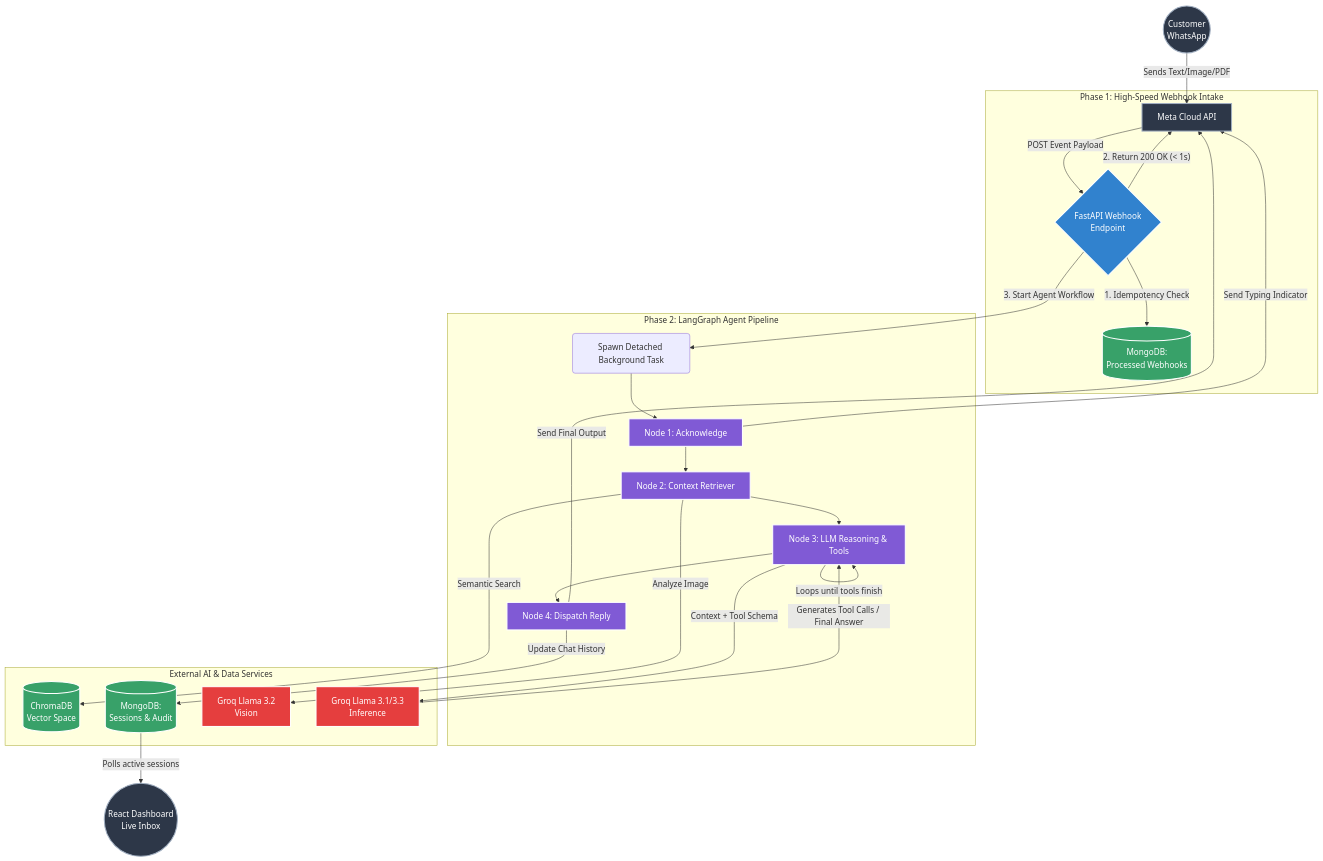
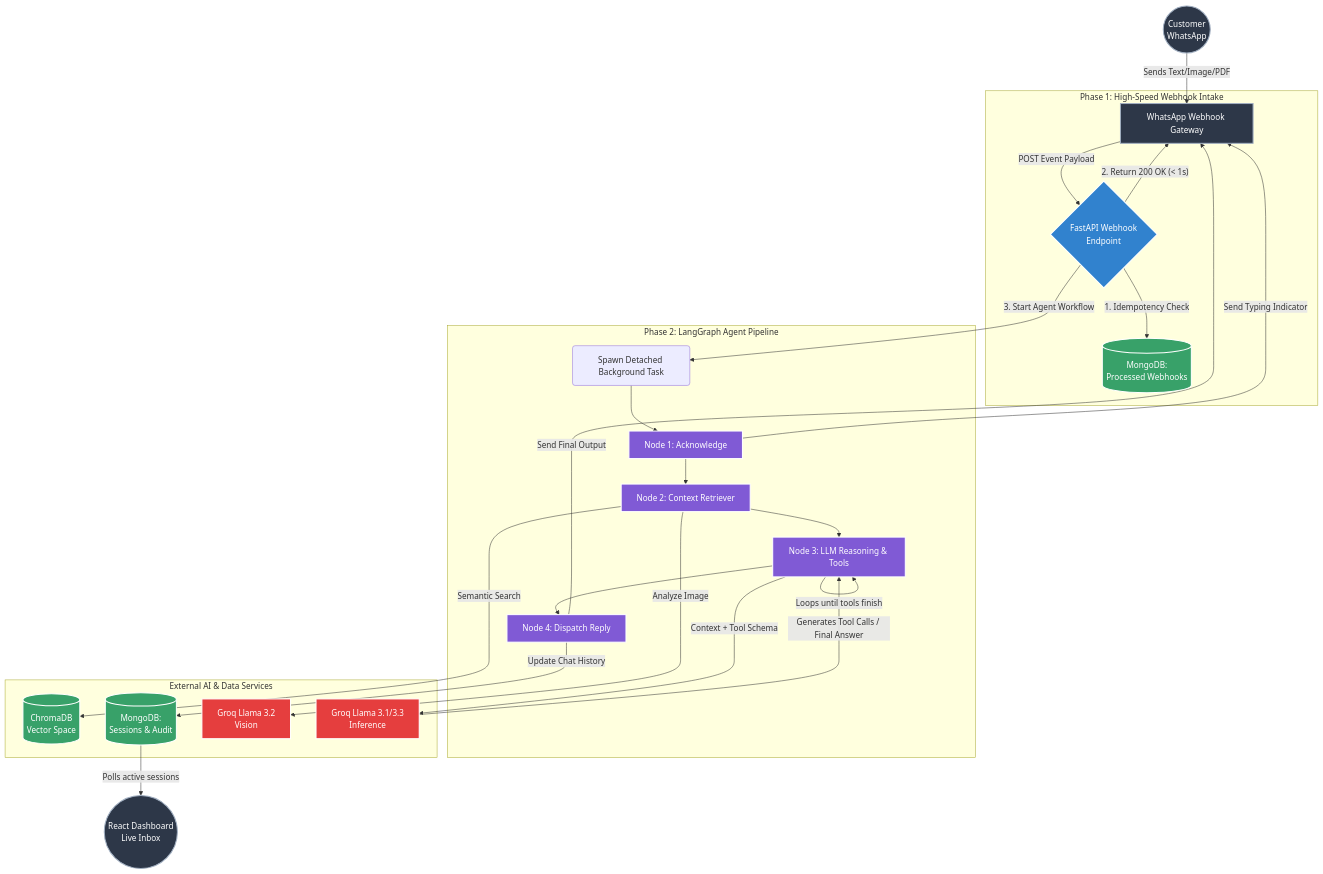
Before and after one commit to ujjwalpan001/KuraAI: the diagram in README.md, drawn with Mermaid. The commit also changed other lines of this file and 5 other files, not shown here.

Commit message:
Fixed syntax errors and removed Meta API code

````diff
--- a/README.md
+++ b/README.md
@@ -52,59 +52,59 @@
 ```mermaid
 flowchart TD
     %% Styling
     classDef external fill:#2d3748,stroke:#a0aec0,stroke-width:2px,color:#fff;
     classDef api fill:#3182ce,stroke:#fff,stroke-width:2px,color:#fff;
     classDef agent fill:#805ad5,stroke:#fff,stroke-width:2px,color:#fff;
     classDef llm fill:#e53e3e,stroke:#fff,stroke-width:2px,color:#fff;
     classDef db fill:#38a169,stroke:#fff,stroke-width:2px,color:#fff;
 
     Customer((Customer\nWhatsApp)):::external
-    MetaAPI[Meta Cloud API]:::external
+    GatewayAPI[WhatsApp Webhook Gateway]:::external
     Dashboard((React Dashboard\nLive Inbox)):::external
 
-    Customer -- "Sends Text/Image/PDF" --> MetaAPI
+    Customer -- "Sends Text/Image/PDF" --> GatewayAPI
 
     subgraph Phase1 [Phase 1: High-Speed Webhook Intake]
         Webhook{FastAPI Webhook\nEndpoint}:::api
         MongoQueue[(MongoDB:\nProcessed Webhooks)]:::db
         
-        MetaAPI -- "POST Event Payload" --> Webhook
+        GatewayAPI -- "POST Event Payload" --> Webhook
         Webhook -- "1. Idempotency Check" --> MongoQueue
-        Webhook -- "2. Return 200 OK (< 1s)" --> MetaAPI
+        Webhook -- "2. Return 200 OK (< 1s)" --> GatewayAPI
     end
 
     subgraph Phase2 [Phase 2: LangGraph Agent Pipeline]
         AgentStart(Spawn Detached Background Task)
         
         NodeAck[Node 1: Acknowledge]:::agent
         NodeContext[Node 2: Context Retriever]:::agent
         NodeReason[Node 3: LLM Reasoning & Tools]:::agent
         NodeDispatch[Node 4: Dispatch Reply]:::agent
         
         Webhook -- "3. Start Agent Workflow" --> AgentStart
         AgentStart --> NodeAck
         
-        NodeAck -- "Send Typing Indicator" --> MetaAPI
+        NodeAck -- "Send Typing Indicator" --> GatewayAPI
         NodeAck --> NodeContext
         NodeContext --> NodeReason
         NodeReason -- "Loops until tools finish" --> NodeReason
         NodeReason --> NodeDispatch
     end
 
     subgraph External AI & Data Services
         Chroma[(ChromaDB\nVector Space)]:::db
         MongoState[(MongoDB:\nSessions & Audit)]:::db
         GroqVision[Groq Llama 3.2\nVision]:::llm
         Groq[Groq Llama 3.1/3.3\nInference]:::llm
     end
 
     NodeContext -- "Semantic Search" --> Chroma
     NodeContext -- "Analyze Image" --> GroqVision
     NodeReason -- "Context + Tool Schema" --> Groq
     Groq -- "Generates Tool Calls / Final Answer" --> NodeReason
     
-    NodeDispatch -- "Send Final Output" --> MetaAPI
+    NodeDispatch -- "Send Final Output" --> GatewayAPI
     NodeDispatch -- "Update Chat History" --> MongoState
     
     MongoState -- "Polls active sessions" --> Dashboard
 ```
````
